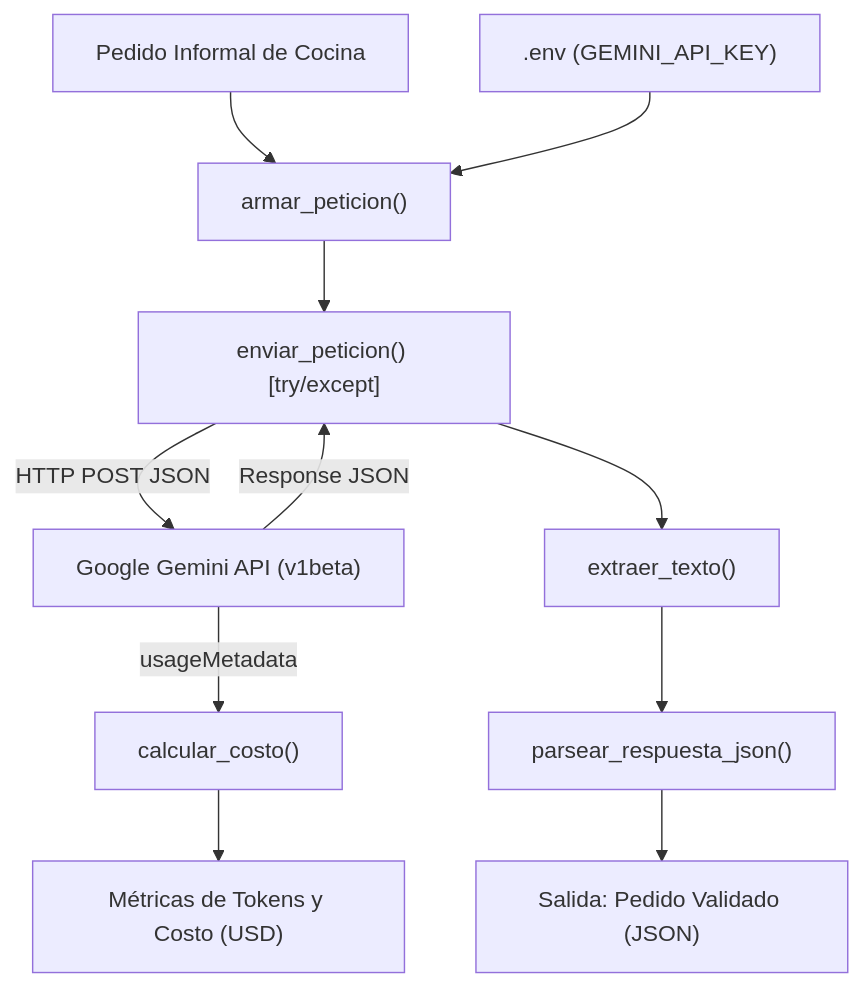
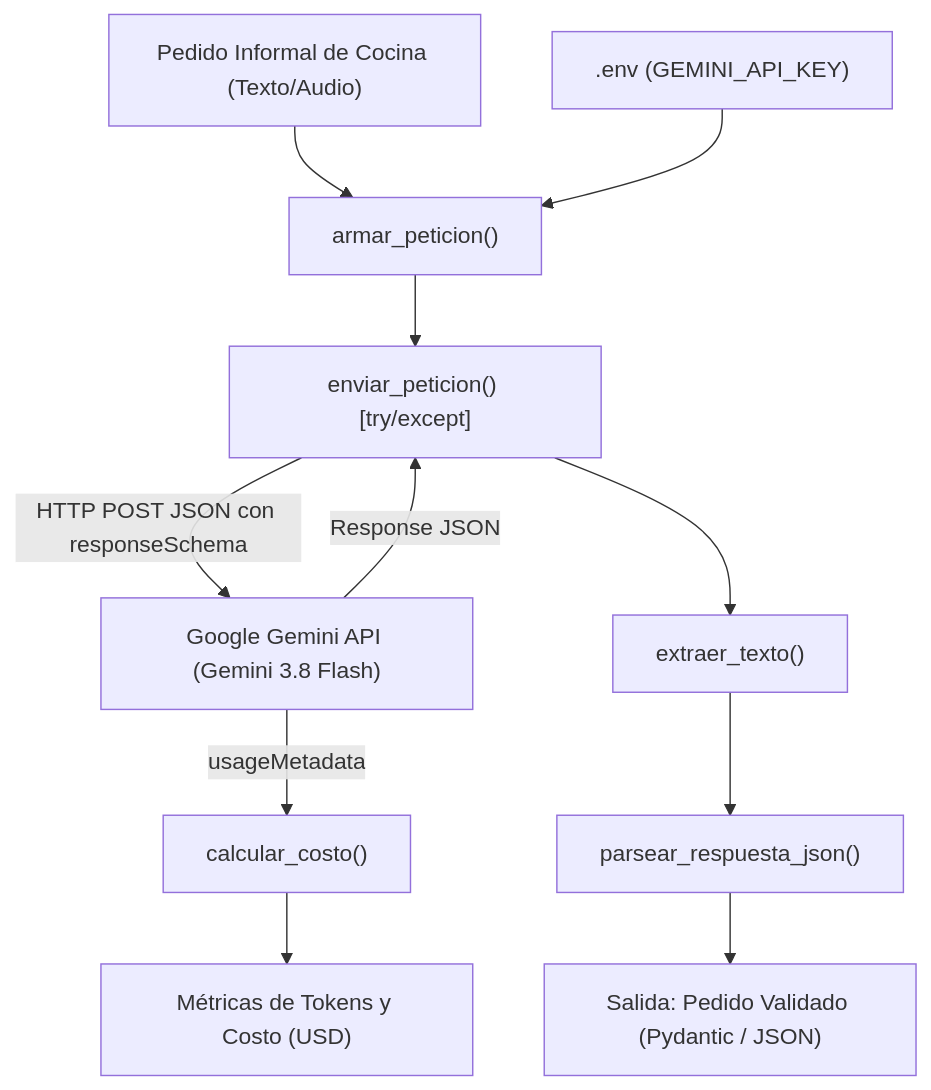
Before and after one commit to Phelions/horeca-ai-service: the diagram in docs/decision-arquitectura.md, drawn with Mermaid. The commit also changed other lines of this file and 4 other files, not shown here.

Commit message:
docs: incorporar tabla oficial de modelos Gemini Octubre 2026 y estandarizar en Gemini 3.8 Flash

````diff
--- a/docs/decision-arquitectura.md
+++ b/docs/decision-arquitectura.md
@@ -35,13 +29,13 @@
 ```mermaid
 graph TD
-    A["Pedido Informal de Cocina"] --> B["armar_peticion()"]
+    A["Pedido Informal de Cocina (Texto/Audio)"] --> B["armar_peticion()"]
     ENV[".env (GEMINI_API_KEY)"] --> B
     B --> C["enviar_peticion() [try/except]"]
-    C -->|HTTP POST JSON| D["Google Gemini API (v1beta)"]
+    C -->|HTTP POST JSON con responseSchema| D["Google Gemini API (Gemini 3.8 Flash)"]
     D -->|Response JSON| C
     C --> E["extraer_texto()"]
     E --> F["parsear_respuesta_json()"]
     D -->|usageMetadata| G["calcular_costo()"]
-    F --> H["Salida: Pedido Validado (JSON)"]
+    F --> H["Salida: Pedido Validado (Pydantic / JSON)"]
     G --> I["Métricas de Tokens y Costo (USD)"]
 ```
````
